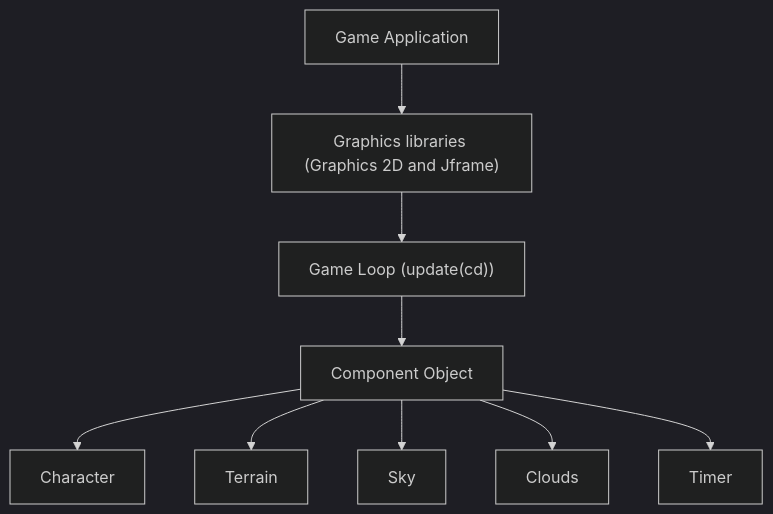
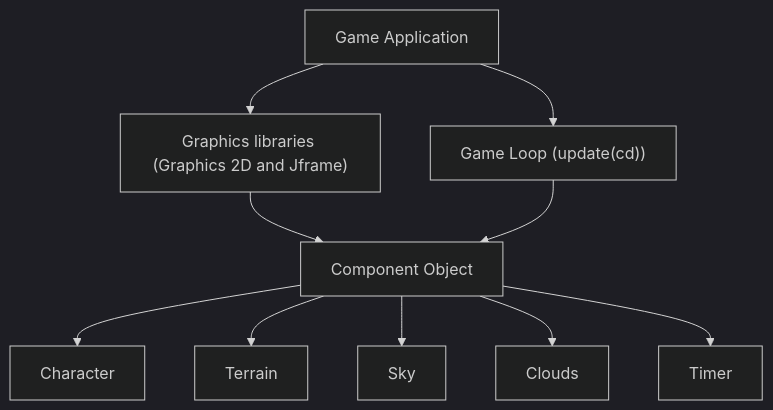
One commit to GitChakib/Java-Game-Engine changed the diagram in README.md. Above: the diagram before and after it, drawn with Mermaid (dark theme).

Commit message:
Update game application flow in README diagram

````diff
--- a/README.md
+++ b/README.md
@@ -41,12 +41,14 @@
 ```mermaid
 graph TD
     A[Game Application] --> B["Graphics libraries (Graphics 2D and Jframe)"]
-    B --> C["Game Loop (update(cd))"]
-    C --> D[Component Object]
+    A --> C["Game Loop (update(cd))"]
+    
+    B --> D[Component Object]
+    C --> D
     
     D --> E[Character]
     D --> F[Terrain]
     D --> G[Sky]
     D --> H[Clouds]
     D --> I[Timer]
 ```
````
